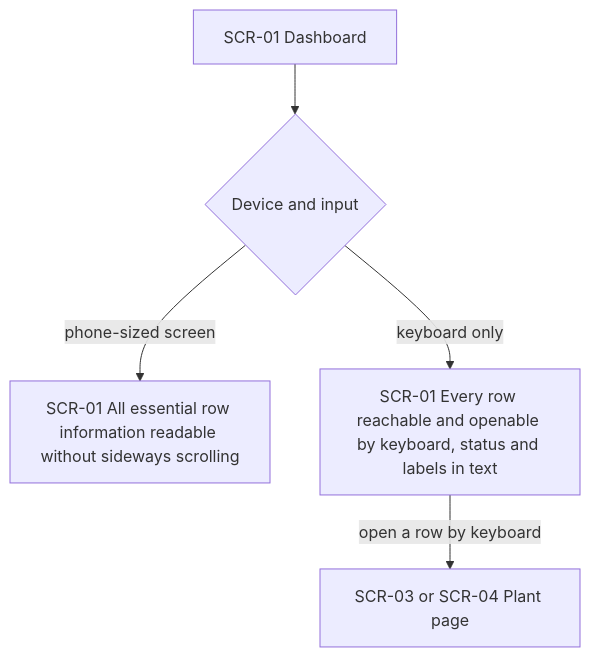
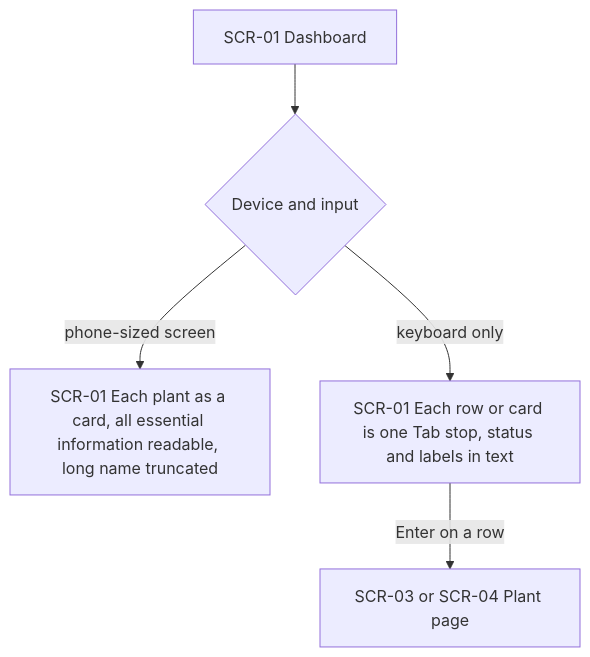
The fifth of 6 diagrams in docs/features/ux-improve/ux-flows.md (orkdrnke/Planted-AI), drawn with Mermaid before and after one commit. The commit also changed other lines of this file, not shown here.

Commit message:
ux-flows: ux-improve ux-flows.md

````diff
--- a/docs/features/ux-improve/ux-flows.md
+++ b/docs/features/ux-improve/ux-flows.md
@@ -88,7 +98,7 @@
 ```mermaid
 flowchart TD
     A[SCR-01 Dashboard] --> B{Device and input}
-    B -->|phone-sized screen| C[SCR-01 All essential row information readable without sideways scrolling]
-    B -->|keyboard only| D[SCR-01 Every row reachable and openable by keyboard, status and labels in text]
-    D -->|open a row by keyboard| E[SCR-03 or SCR-04 Plant page]
+    B -->|phone-sized screen| C[SCR-01 Each plant as a card, all essential information readable, long name truncated]
+    B -->|keyboard only| D[SCR-01 Each row or card is one Tab stop, status and labels in text]
+    D -->|Enter on a row| E[SCR-03 or SCR-04 Plant page]
 ```
````
